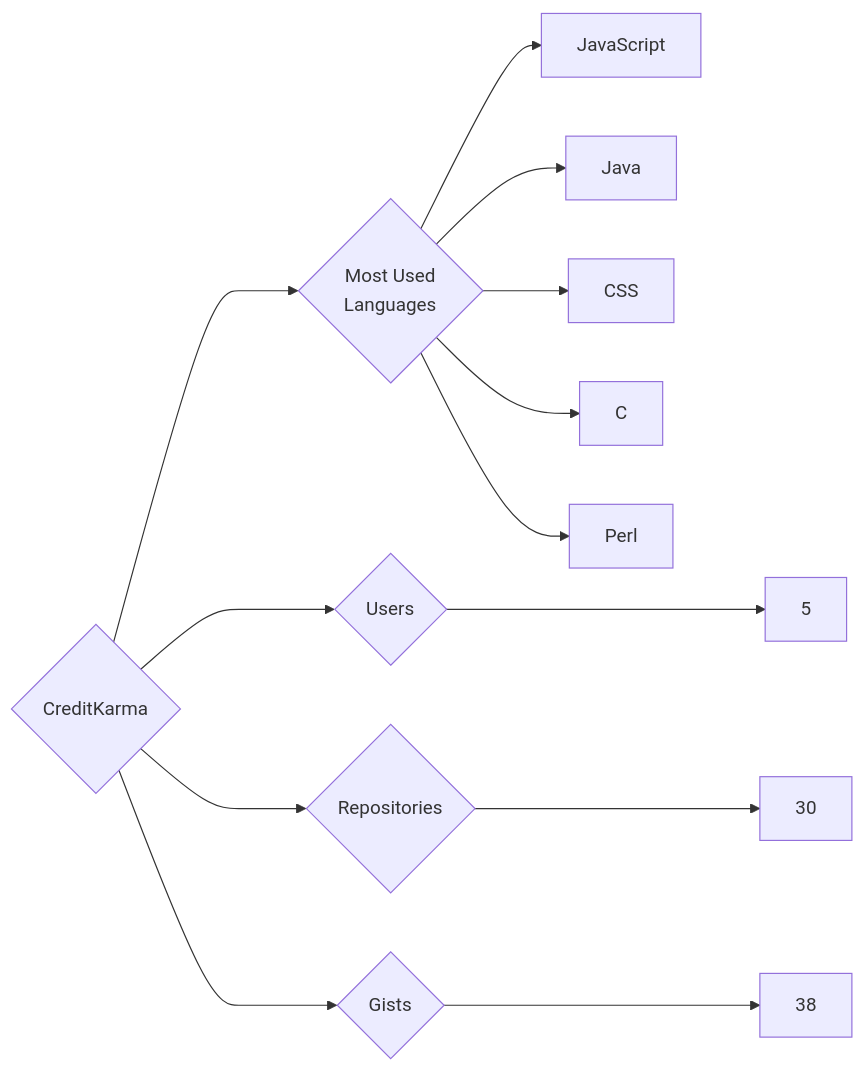
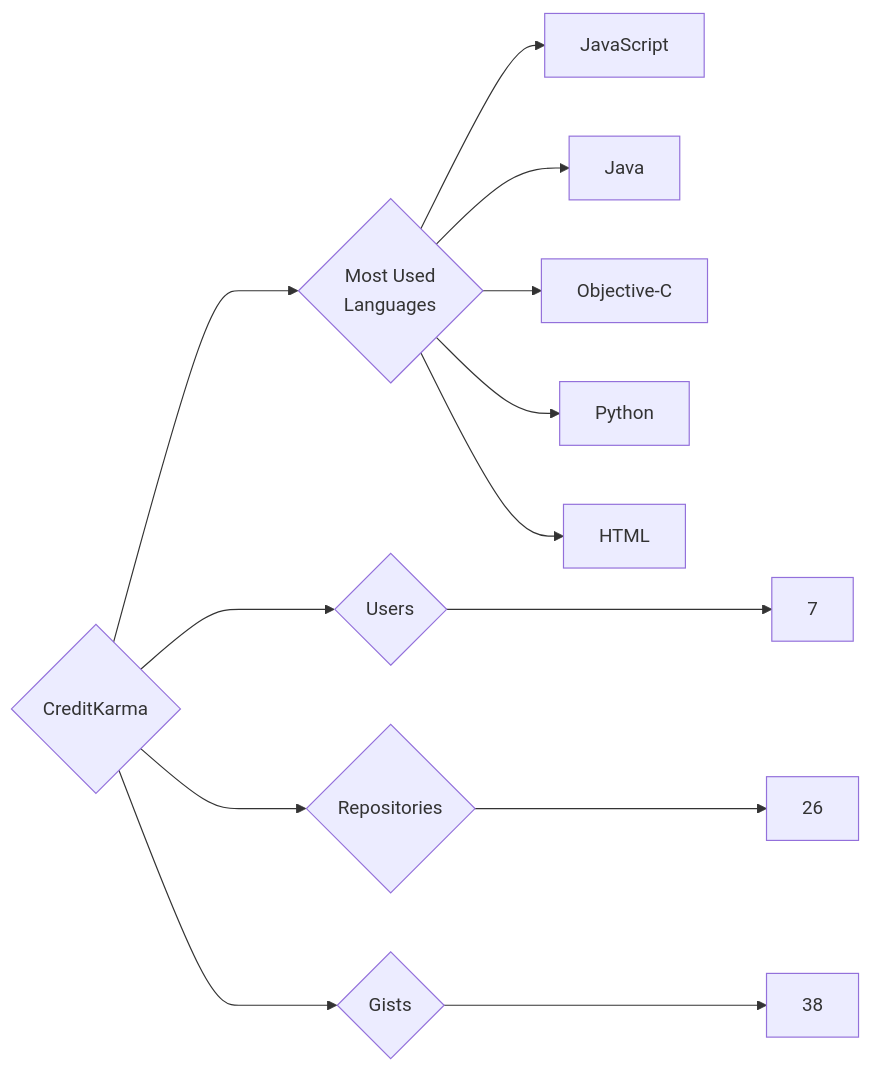
The diagram in targets/CreditKarma/README.md (trickest/insiders), drawn with Mermaid before and after one commit. The commit also changed 1166 other files, not shown here.

````diff
--- a/targets/CreditKarma/README.md
+++ b/targets/CreditKarma/README.md
@@ -3,13 +3,13 @@
 ```mermaid
 graph LR
 COMPANY_NAME{CreditKarma}
-COMPANY_NAME ---> U{Users} ---> UN[5]
-COMPANY_NAME ---> R{Repositories} ---> RN[30]
+COMPANY_NAME ---> U{Users} ---> UN[7]
+COMPANY_NAME ---> R{Repositories} ---> RN[26]
 COMPANY_NAME ---> G{Gists} ---> GN[38]
 COMPANY_NAME ---> ML{Most Used<br>Languages}
 ML --> JavaScript[JavaScript]
 ML --> Java[Java]
-ML --> CSS[CSS]
-ML --> C[C]
-ML --> Perl[Perl]
+ML --> Objective-C[Objective-C]
+ML --> Python[Python]
+ML --> HTML[HTML]
 ```
````
